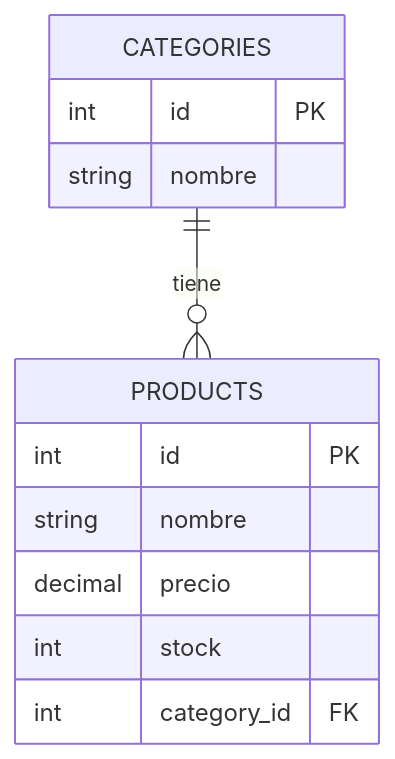
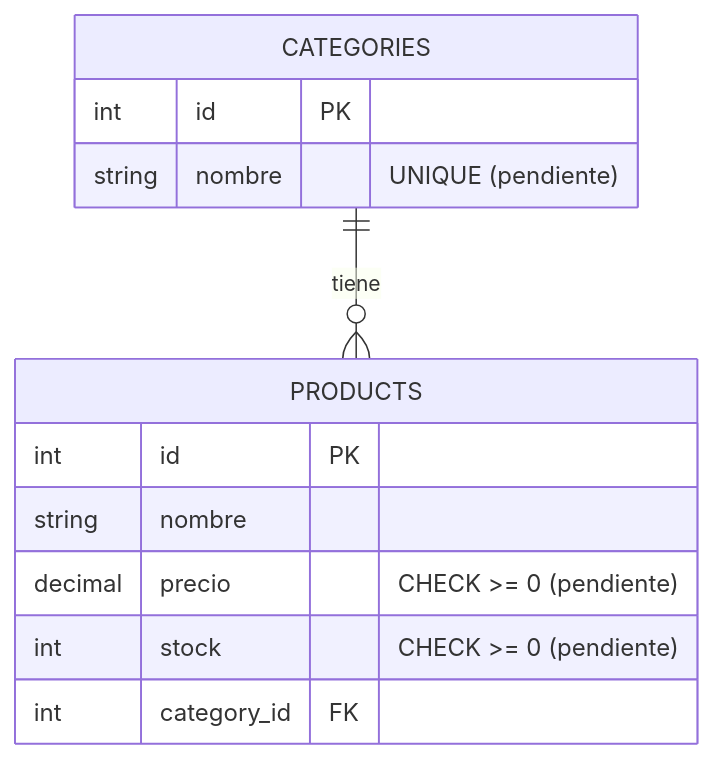
The diagram in ERM.md (leandro291/inventario-inteligente), drawn with Mermaid before and after one commit. The commit also changed other lines of this file, not shown here.

````diff
--- a/ERM.md
+++ b/ERM.md
@@ -5,17 +5,17 @@
 ```mermaid
 erDiagram
     CATEGORIES ||--o{ PRODUCTS : tiene
 
     CATEGORIES {
         int id PK
-        string nombre
+        string nombre "UNIQUE (pendiente)"
     }
 
     PRODUCTS {
         int id PK
         string nombre
-        decimal precio
-        int stock
+        decimal precio "CHECK >= 0 (pendiente)"
+        int stock "CHECK >= 0 (pendiente)"
         int category_id FK
     }
 ```
````
